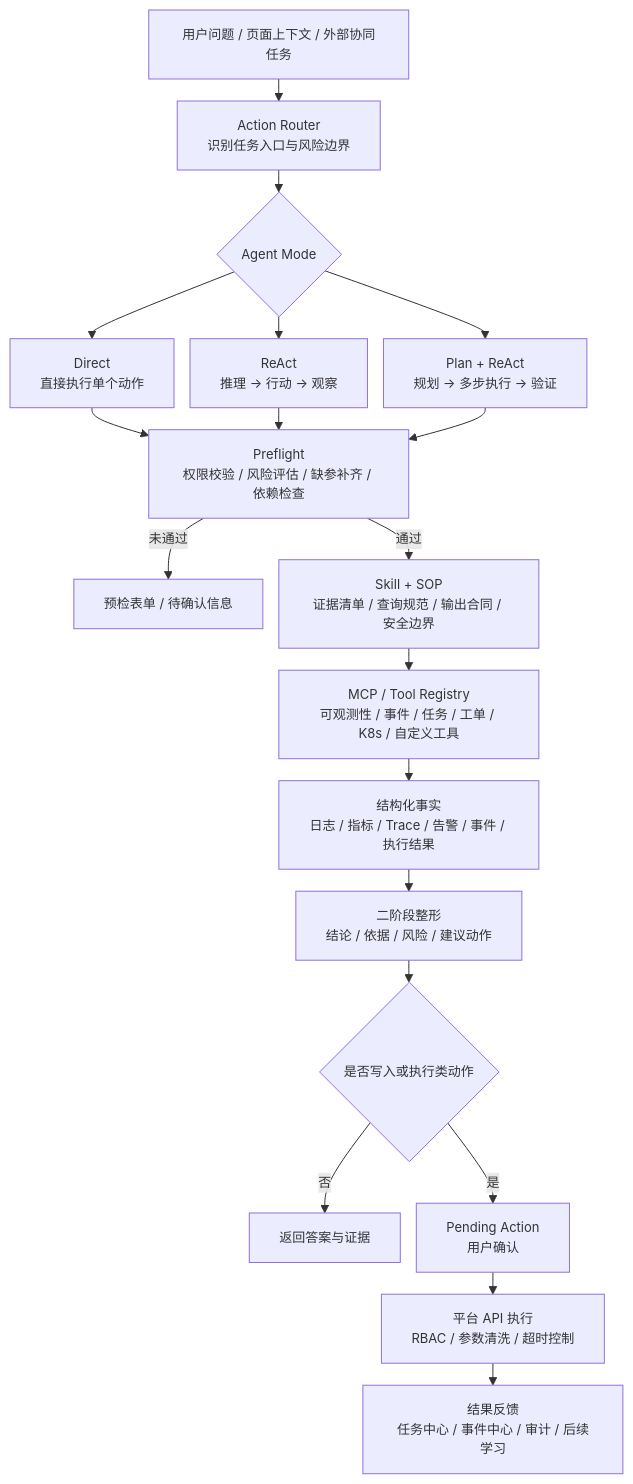
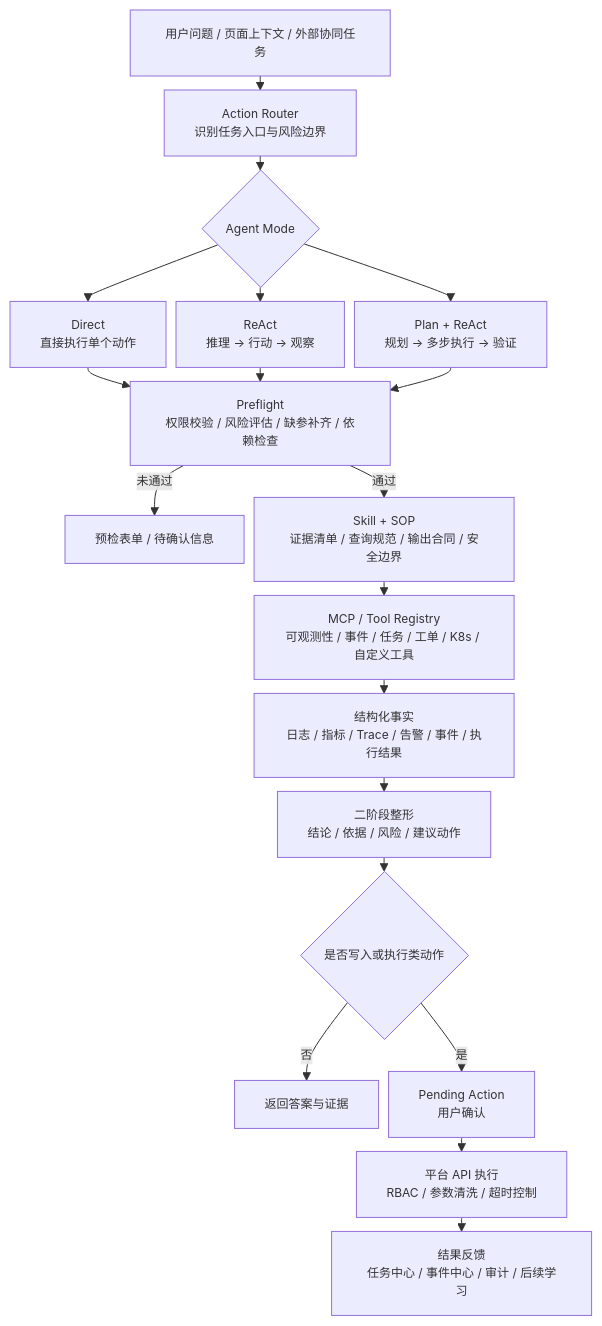
The first of 2 diagrams in README.md (z351150948/devops), drawn with Mermaid before and after one commit. The commit also changed other lines of this file and 9 other files, not shown here.

````diff
--- a/README.md
+++ b/README.md
@@ -79,24 +79,24 @@
 ```mermaid
-%%{init: {"flowchart": {"nodeSpacing": 16, "rankSpacing": 22, "curve": "basis"}, "themeVariables": {"fontSize": "13px"}}}%%
+%%{init: {"flowchart": {"nodeSpacing": 10, "rankSpacing": 14, "curve": "basis"}, "themeVariables": {"fontSize": "12px"}}}%%
 flowchart TB
     input["用户问题 / 页面上下文 / 外部协同任务"] --> router["Action Router<br/>识别任务入口与风险边界"]
     router --> mode{"Agent Mode"}
     mode --> direct["Direct<br/>直接执行单个动作"]
     mode --> react["ReAct<br/>推理 -> 行动 -> 观察"]
     mode --> plan["Plan + ReAct<br/>规划 -> 多步执行 -> 验证"]
 
     direct --> preflight["Preflight<br/>权限校验 / 风险评估 / 缺参补齐 / 依赖检查"]
     react --> preflight
     plan --> preflight
 
     preflight -->|未通过| form["预检表单 / 待确认信息"]
     preflight -->|通过| skill["Skill + SOP<br/>证据清单 / 查询规范 / 输出合同 / 安全边界"]
     skill --> mcp["MCP / Tool Registry<br/>可观测性 / 事件 / 任务 / 工单 / K8s / 自定义工具"]
     mcp --> facts["结构化事实<br/>日志 / 指标 / Trace / 告警 / 事件 / 执行结果"]
     facts --> answer["二阶段整形<br/>结论 / 依据 / 风险 / 建议动作"]
     answer --> action{"是否写入或执行类动作"}
     action -->|否| done["返回答案与证据"]
     action -->|是| confirm["Pending Action<br/>用户确认"]
     confirm --> execute["平台 API 执行<br/>RBAC / 参数清洗 / 超时控制"]
     execute --> feedback["结果反馈<br/>任务中心 / 事件中心 / 审计 / 后续学习"]
 ```
````
